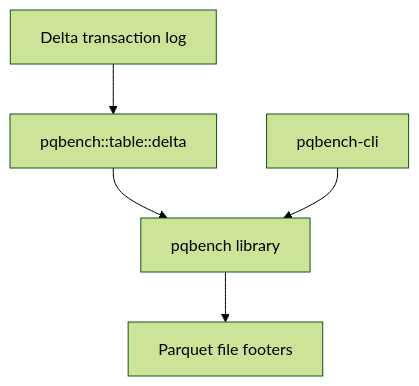
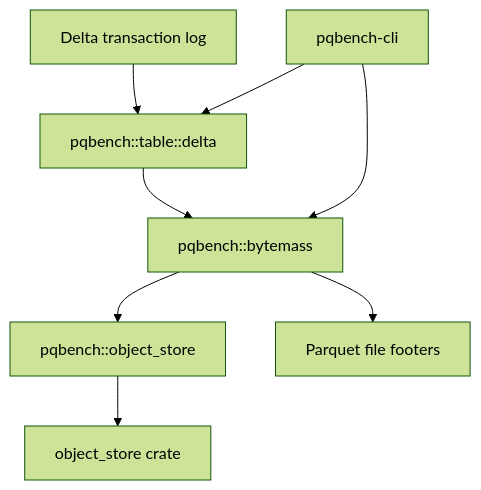
Before and after one commit to pqbench/pqbench: the diagram in docs/delta.md, drawn with Mermaid (forest theme). The commit also changed other lines of this file and 14 other files, not shown here.

First line of the commit message:
refactor: isolate object storage and decouple delta from bytemass

````diff
--- a/docs/delta.md
+++ b/docs/delta.md
@@ -8,7 +8,10 @@
 ```mermaid
 flowchart TD
     delta_log[Delta transaction log] --> delta[pqbench::table::delta]
-    delta --> pqbench[pqbench library]
-    pqbench_cli[pqbench-cli] --> pqbench
-    pqbench --> parquet[Parquet file footers]
+    delta --> bytemass[pqbench::bytemass]
+    bytemass --> isolation[pqbench::object_store]
+    isolation --> object_store[object_store crate]
+    bytemass --> parquet[Parquet file footers]
+    pqbench_cli[pqbench-cli] --> delta
+    pqbench_cli --> bytemass
 ```
````
